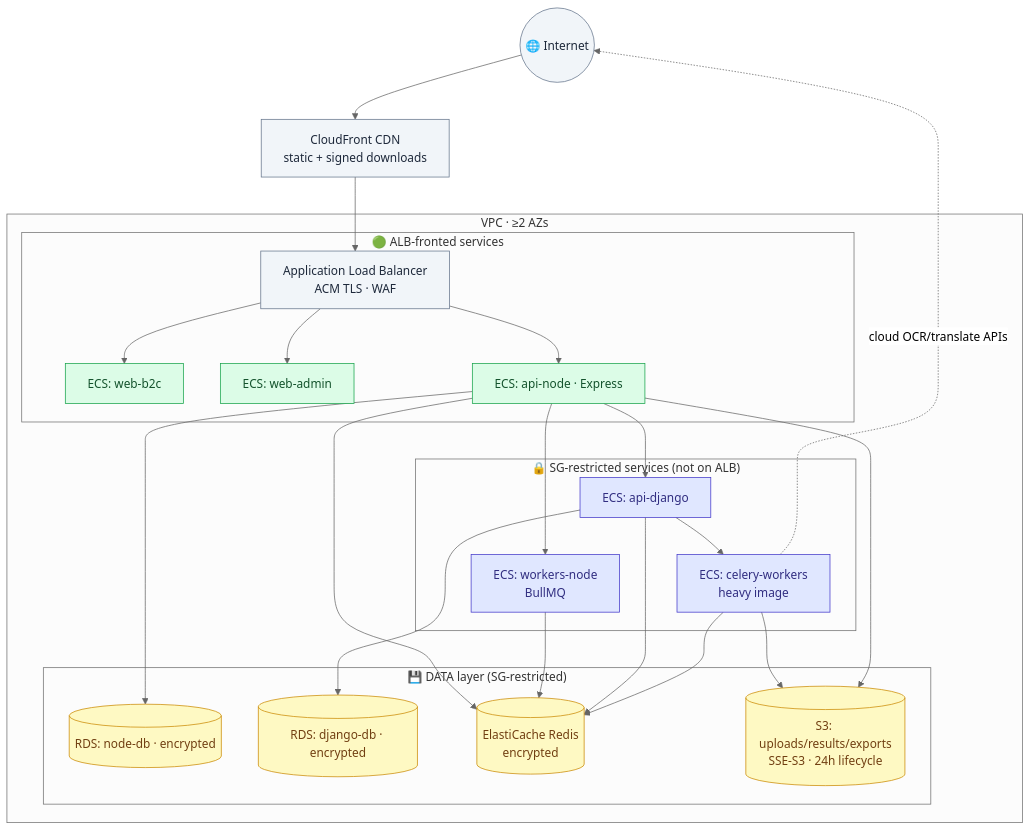
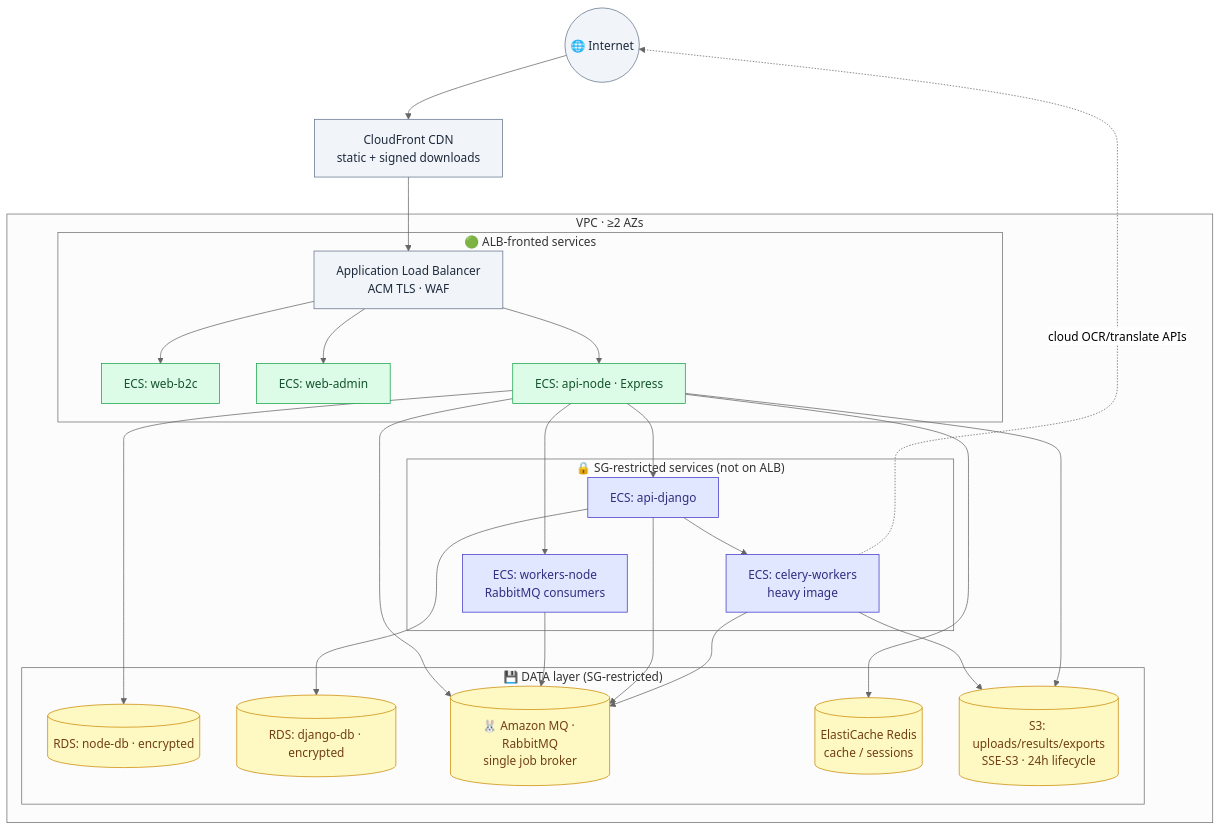
The seventh of 8 diagrams in architecture_diagrams.md (Mrutunjay50/DOCS), drawn with Mermaid (neutral theme) before and after one commit. The commit also changed other lines of this file, not shown here.

````diff
--- a/architecture_diagrams.md
+++ b/architecture_diagrams.md
@@ -348,41 +349,43 @@
 ```mermaid
 flowchart TB
     NET((🌐 Internet)) --> CF[CloudFront CDN<br/>static + signed downloads]
     CF --> ALB[Application Load Balancer<br/>ACM TLS · WAF]
 
     subgraph VPC["VPC · ≥2 AZs"]
         subgraph EDGE["🟢 ALB-fronted services"]
             ALB --> f1[ECS: web-b2c]
             ALB --> f2[ECS: web-admin]
             ALB --> f3[ECS: api-node · Express]
         end
         subgraph INT["🔒 SG-restricted services (not on ALB)"]
-            f3 --> w1[ECS: workers-node<br/>BullMQ]
+            f3 --> w1[ECS: workers-node<br/>RabbitMQ consumers]
             f3 --> w2[ECS: api-django]
             w2 --> w3[ECS: celery-workers<br/>heavy image]
         end
         subgraph DATA["💾 DATA layer (SG-restricted)"]
             rds1[(RDS: node-db · encrypted)]
             rds2[(RDS: django-db · encrypted)]
-            ec[(ElastiCache Redis<br/>encrypted)]
+            mq[(🐰 Amazon MQ · RabbitMQ<br/>single job broker)]
+            ec[(ElastiCache Redis<br/>cache / sessions)]
             s3[(S3: uploads/results/exports<br/>SSE-S3 · 24h lifecycle)]
         end
     end
 
     f3 --> rds1
     f3 --> ec
+    f3 --> mq
     w2 --> rds2
-    w1 & w2 & w3 --> ec
+    w1 & w2 & w3 --> mq
     w3 --> s3
     f3 --> s3
     w3 -. "cloud OCR/translate APIs" .-> NET
 
     classDef pub fill:#DCFCE7,stroke:#16A34A,color:#14532D;
     classDef priv fill:#E0E7FF,stroke:#4338CA,color:#312E81;
     classDef data fill:#FEF9C3,stroke:#CA8A04,color:#713F12;
     classDef edge fill:#F1F5F9,stroke:#64748B,color:#1E293B;
     class f1,f2,f3 pub;
     class w1,w2,w3 priv;
-    class rds1,rds2,ec,s3 data;
+    class rds1,rds2,ec,s3,mq data;
     class CF,ALB,NET edge;
 ```
````
